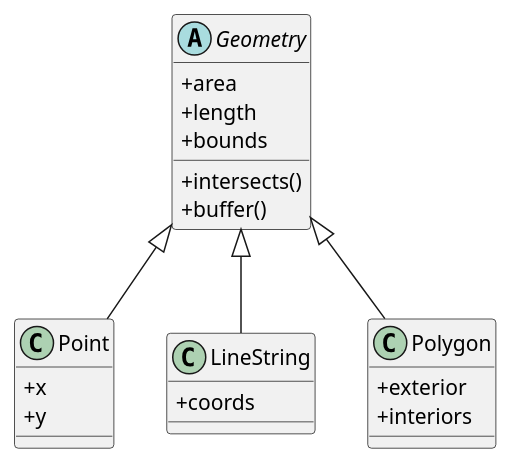
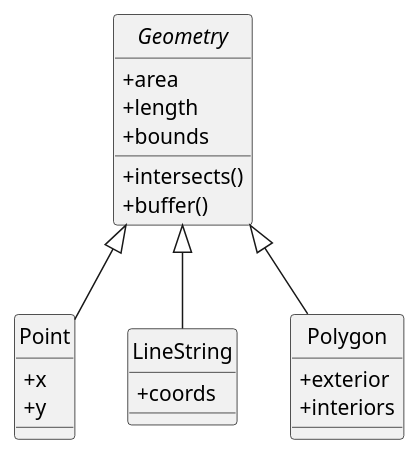
One commit to mauriciodev/progcart changed the diagram in aulas/modelo_latex/Python_oop/shapely.puml. Above: the diagram before and after it, drawn with PlantUML. The commit also changed 8 other files, not shown here.

Commit message:
Removi os icones de classes e adicionei um diagrama no pyqgis plugin.

```diff
--- a/aulas/modelo_latex/Python_oop/shapely.puml
+++ b/aulas/modelo_latex/Python_oop/shapely.puml
@@ -1,30 +1,32 @@
 @startuml
 skinparam classAttributeIconSize 0
+hide circle
+
 
 abstract class Geometry {
   +area
   +length
   +bounds
   +intersects()
   +buffer()
 }
 
 class Point {
   +x
   +y
 }
 
 class LineString {
   +coords
 }
 
 class Polygon {
   +exterior
   +interiors
 }
 
 Geometry <|-- Point
 Geometry <|-- LineString
 Geometry <|-- Polygon
 
 @enduml
```
